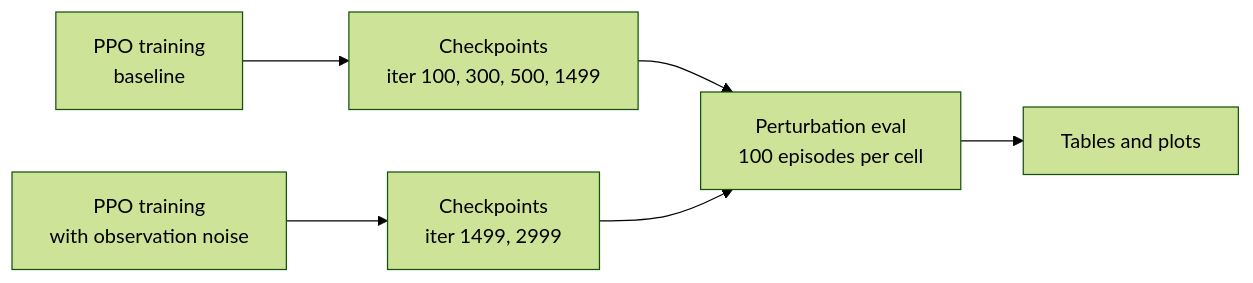
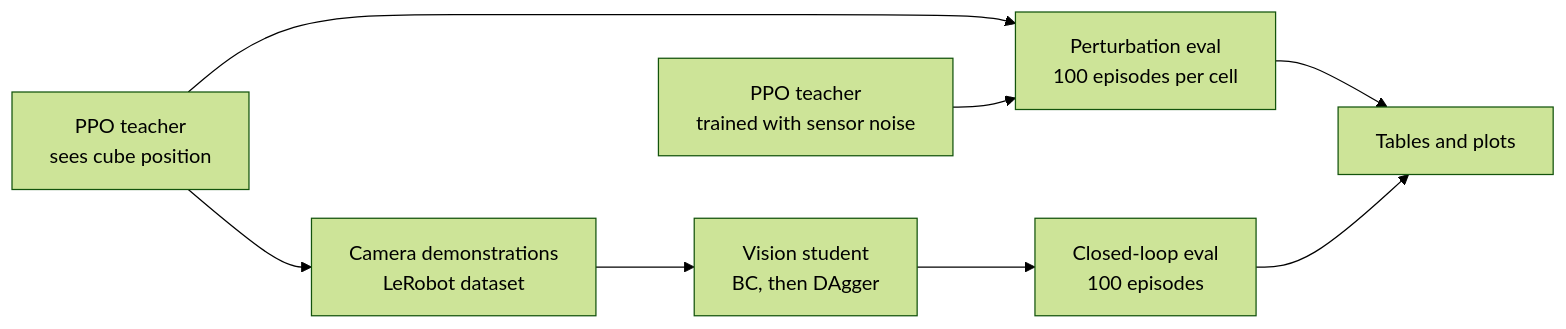
One commit to Jason-lab1126/autorl-demo changed the diagram in README.md. Above: the diagram before and after it, drawn with Mermaid (forest theme). The commit also changed other lines of this file and 11 other files, not shown here.

First line of the commit message:
Add vision student videos and rewrite README as teacher-then-student story

````diff
--- a/README.md
+++ b/README.md
@@ -23,8 +25,10 @@
 ```mermaid
 flowchart LR
-    A["PPO training<br/>baseline"] --> B["Checkpoints<br/>iter 100, 300, 500, 1499"]
-    B --> C["Perturbation eval<br/>100 episodes per cell"]
-    C --> D["Tables and plots"]
-    E["PPO training<br/>with observation noise"] --> F["Checkpoints<br/>iter 1499, 2999"]
-    F --> C
+    A["PPO teacher<br/>sees cube position"] --> B["Perturbation eval<br/>100 episodes per cell"]
+    N["PPO teacher<br/>trained with sensor noise"] --> B
+    B --> T["Tables and plots"]
+    A --> D["Camera demonstrations<br/>LeRobot dataset"]
+    D --> S["Vision student<br/>BC, then DAgger"]
+    S --> E["Closed-loop eval<br/>100 episodes"]
+    E --> T
 ```
````
